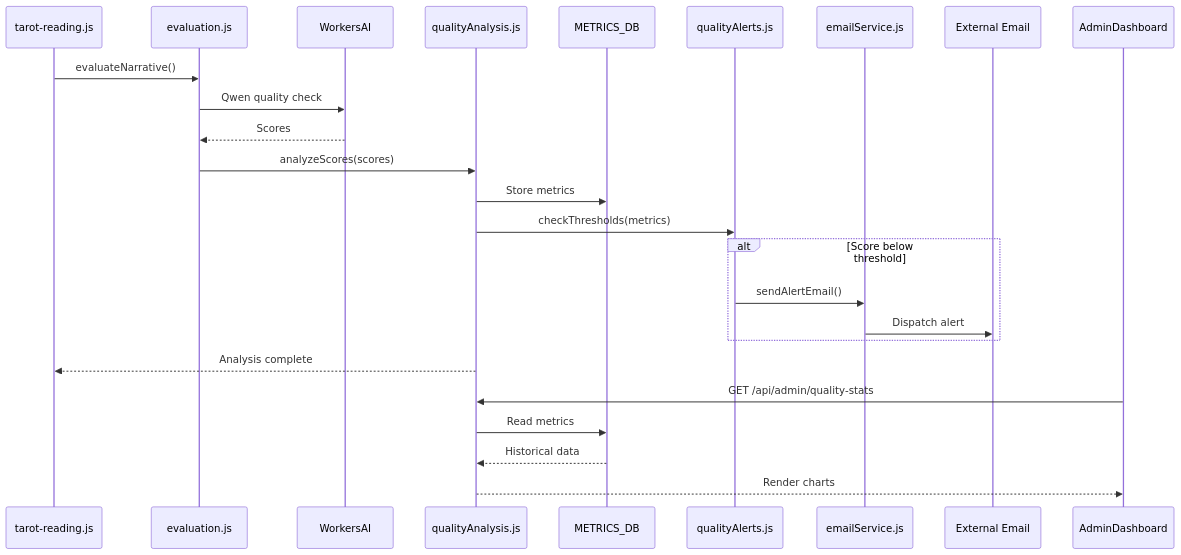
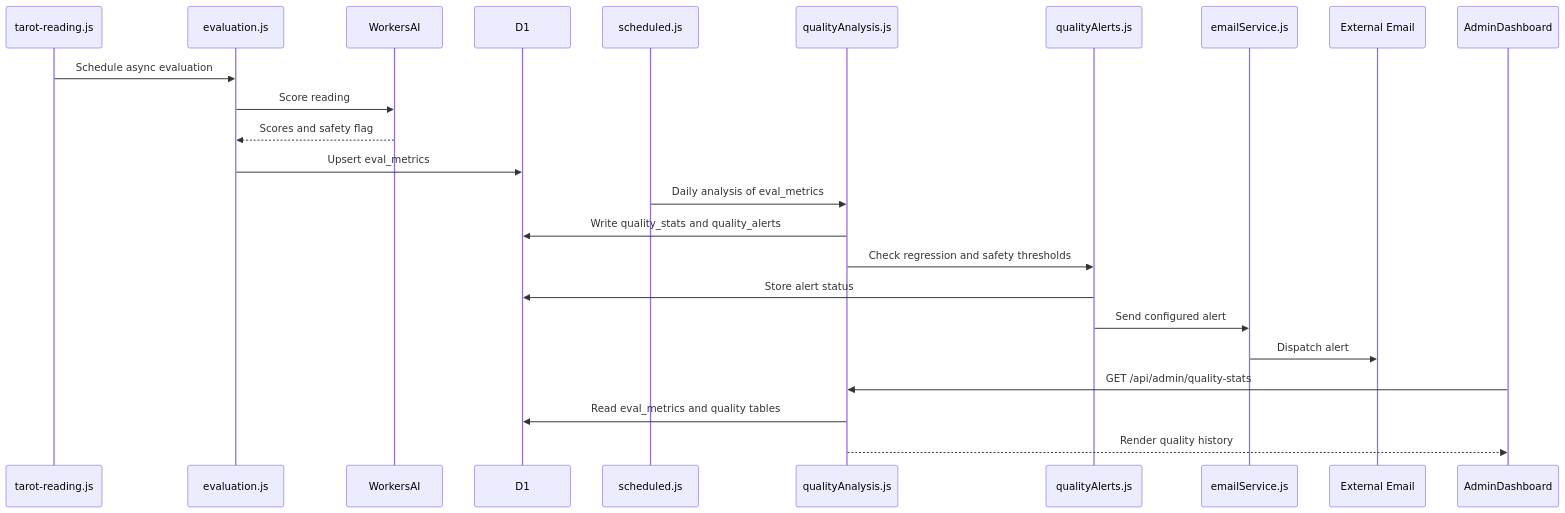
Before and after one commit to henryperkins/tarot: diagram 11 of 17 in docs/architecture/full-system-diagrams.md, drawn with Mermaid. The commit also changed other lines of this file and 54 other files, not shown here.

````diff
--- a/docs/architecture/full-system-diagrams.md
+++ b/docs/architecture/full-system-diagrams.md
@@ -555,31 +589,27 @@
 ```mermaid
 sequenceDiagram
     participant ReadingAPI as tarot-reading.js
     participant Evaluation as evaluation.js
     participant WorkersAI
+    participant D1 as D1
+    participant Scheduled as scheduled.js
     participant QualityAnalysis as qualityAnalysis.js
-    participant KV_Metrics as METRICS_DB
     participant QualityAlerts as qualityAlerts.js
     participant EmailService as emailService.js
     participant Email as External Email
     participant AdminDash as AdminDashboard
 
-    ReadingAPI->>Evaluation: evaluateNarrative()
-    Evaluation->>WorkersAI: Qwen quality check
-    WorkersAI-->>Evaluation: Scores
-    Evaluation->>QualityAnalysis: analyzeScores(scores)
-    QualityAnalysis->>KV_Metrics: Store metrics
-    QualityAnalysis->>QualityAlerts: checkThresholds(metrics)
-
-    alt Score below threshold
-        QualityAlerts->>EmailService: sendAlertEmail()
-        EmailService->>Email: Dispatch alert
-    end
-
-    QualityAnalysis-->>ReadingAPI: Analysis complete
-
+    ReadingAPI->>Evaluation: Schedule async evaluation
+    Evaluation->>WorkersAI: Score reading
+    WorkersAI-->>Evaluation: Scores and safety flag
+    Evaluation->>D1: Upsert eval_metrics
+    Scheduled->>QualityAnalysis: Daily analysis of eval_metrics
+    QualityAnalysis->>D1: Write quality_stats and quality_alerts
+    QualityAnalysis->>QualityAlerts: Check regression and safety thresholds
+    QualityAlerts->>D1: Store alert status
+    QualityAlerts->>EmailService: Send configured alert
+    EmailService->>Email: Dispatch alert
     AdminDash->>QualityAnalysis: GET /api/admin/quality-stats
-    QualityAnalysis->>KV_Metrics: Read metrics
-    KV_Metrics-->>QualityAnalysis: Historical data
-    QualityAnalysis-->>AdminDash: Render charts
+    QualityAnalysis->>D1: Read eval_metrics and quality tables
+    QualityAnalysis-->>AdminDash: Render quality history
 ```
````
